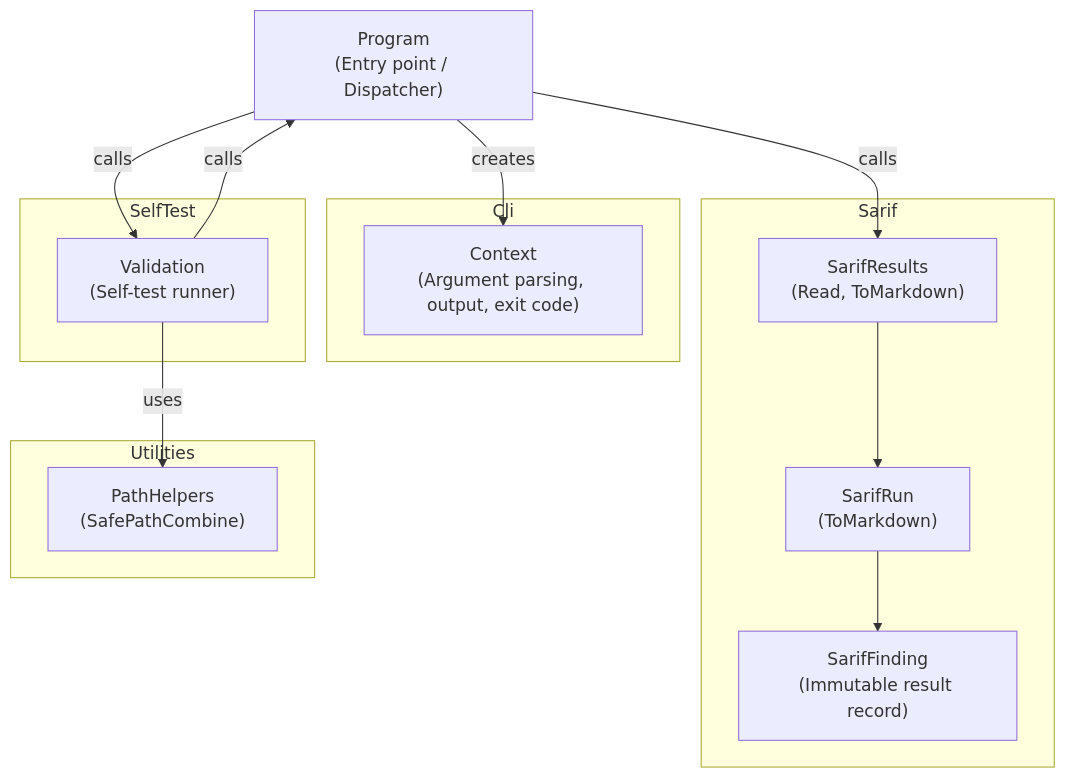
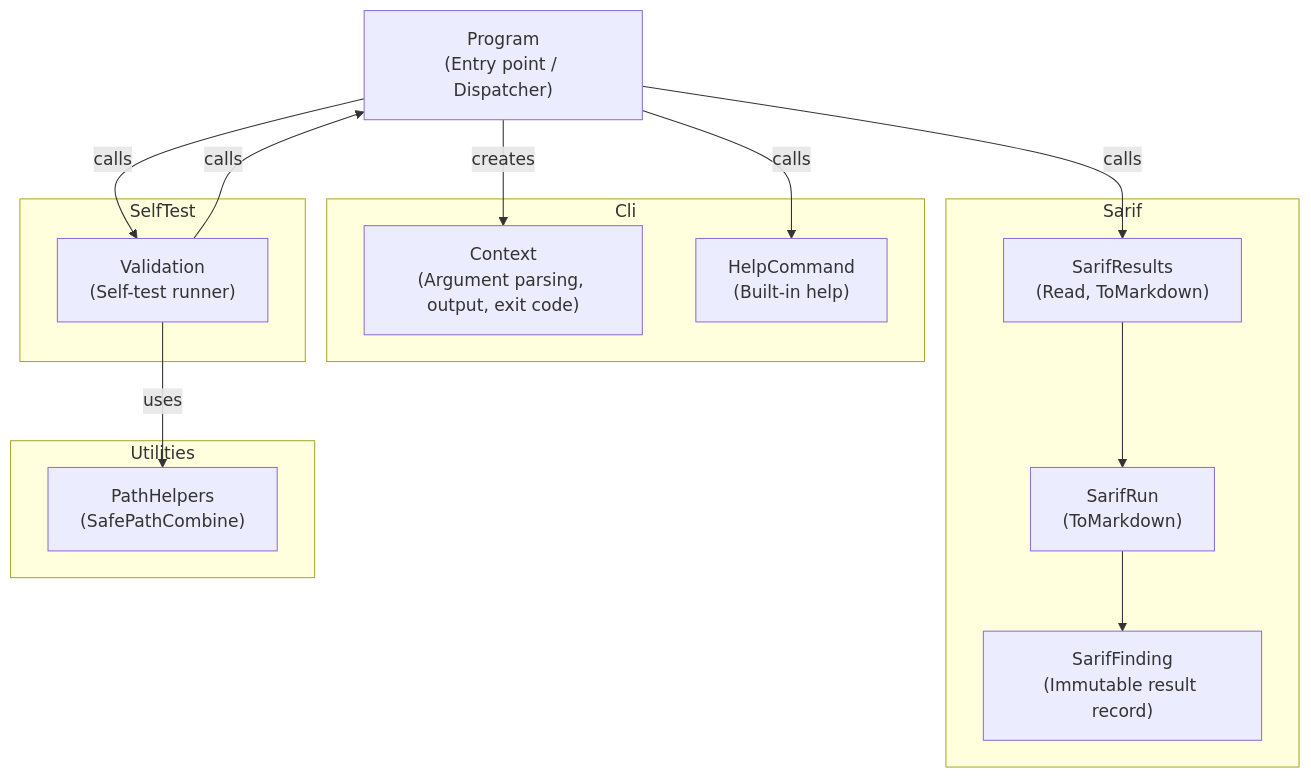
The diagram in docs/design/sarifmark.md (demaconsulting/SarifMark), drawn with Mermaid before and after one commit. The commit also changed other lines of this file and 49 other files, not shown here.

First line of the commit message:
Built-in help (HelpCards) (#170)

````diff
--- a/docs/design/sarifmark.md
+++ b/docs/design/sarifmark.md
@@ -9,30 +9,32 @@
 ```mermaid
 flowchart TD
     Program["Program\n(Entry point / Dispatcher)"]
 
     subgraph Cli
         Context["Context\n(Argument parsing, output, exit code)"]
+        HelpCommand["HelpCommand\n(Built-in help)"]
     end
 
     subgraph Sarif
         SarifResults["SarifResults\n(Read, ToMarkdown)"]
         SarifRun["SarifRun\n(ToMarkdown)"]
         SarifFinding["SarifFinding\n(Immutable result record)"]
     end
 
     subgraph SelfTest
         Validation["Validation\n(Self-test runner)"]
     end
 
     subgraph Utilities
         PathHelpers["PathHelpers\n(SafePathCombine)"]
     end
 
+    Program -->|calls| HelpCommand
     Program -->|creates| Context
     Program -->|calls| Validation
     Program -->|calls| SarifResults
     SarifResults --> SarifRun
     SarifRun --> SarifFinding
     Validation -->|uses| PathHelpers
     Validation -->|calls| Program
 ```
````
